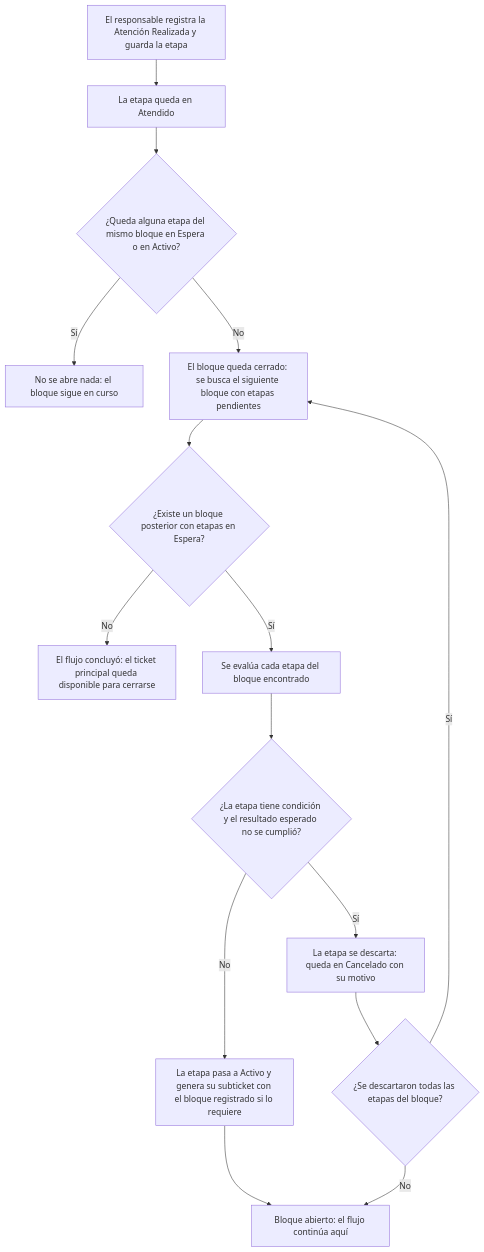
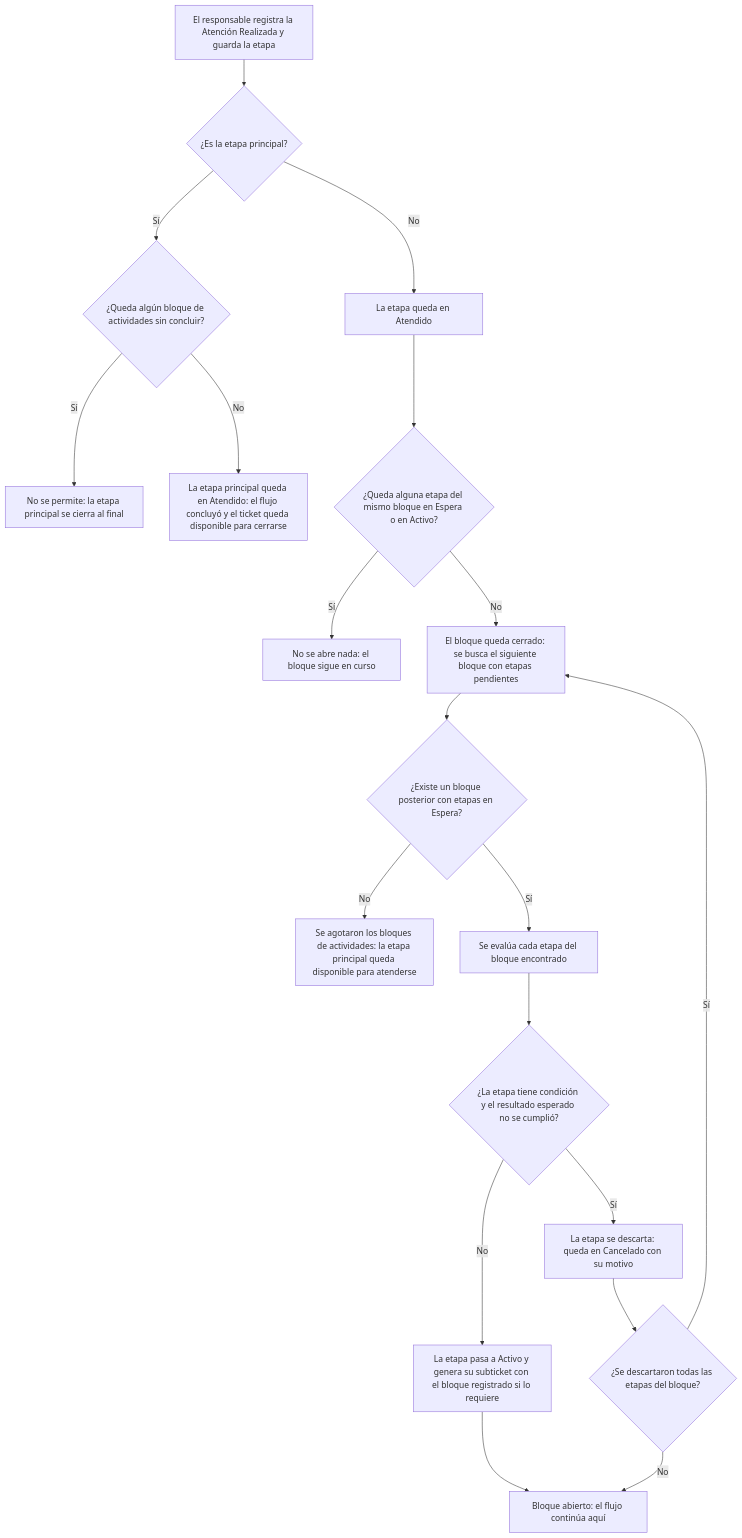
The second of 5 diagrams in docs/Proyectos/iNN/Baja usuario - Ticket escalonado/Ejecución del Flujo de Trabajo de Tickets por Bloques.md (solis1408/Business-Suite), drawn with Mermaid before and after one commit. The commit also changed other lines of this file, not shown here.

First line of the commit message:
docs(computo): agrega el modo de ejecucion del flujo y renumera los RF

````diff
--- a/docs/Proyectos/iNN/Baja usuario - Ticket escalonado/Ejecución del Flujo de Trabajo de Tickets por Bloques.md
+++ b/docs/Proyectos/iNN/Baja usuario - Ticket escalonado/Ejecución del Flujo de Trabajo de Tickets por Bloques.md
@@ -114,17 +164,21 @@
 ```mermaid
 flowchart TD
-    A[El responsable registra la Atención Realizada y guarda la etapa] --> B[La etapa queda en Atendido]
+    A[El responsable registra la Atención Realizada y guarda la etapa] --> A2{¿Es la etapa principal?}
+    A2 -- Sí --> A3{¿Queda algún bloque de actividades sin concluir?}
+    A3 -- Sí --> A4[No se permite: la etapa principal se cierra al final]
+    A3 -- No --> A5[La etapa principal queda en Atendido: el flujo concluyó y el ticket queda disponible para cerrarse]
+    A2 -- No --> B[La etapa queda en Atendido]
     B --> C{¿Queda alguna etapa del mismo bloque en Espera o en Activo?}
     C -- Sí --> D[No se abre nada: el bloque sigue en curso]
     C -- No --> E[El bloque queda cerrado: se busca el siguiente bloque con etapas pendientes]
     E --> F{¿Existe un bloque posterior con etapas en Espera?}
-    F -- No --> G[El flujo concluyó: el ticket principal queda disponible para cerrarse]
+    F -- No --> G[Se agotaron los bloques de actividades: la etapa principal queda disponible para atenderse]
     F -- Sí --> H[Se evalúa cada etapa del bloque encontrado]
     H --> I{¿La etapa tiene condición y el resultado esperado no se cumplió?}
     I -- Sí --> J[La etapa se descarta: queda en Cancelado con su motivo]
     I -- No --> K[La etapa pasa a Activo y genera su subticket con el bloque registrado si lo requiere]
     J --> L{¿Se descartaron todas las etapas del bloque?}
     K --> M[Bloque abierto: el flujo continúa aquí]
     L -- Sí --> E
     L -- No --> M
 ```
````
